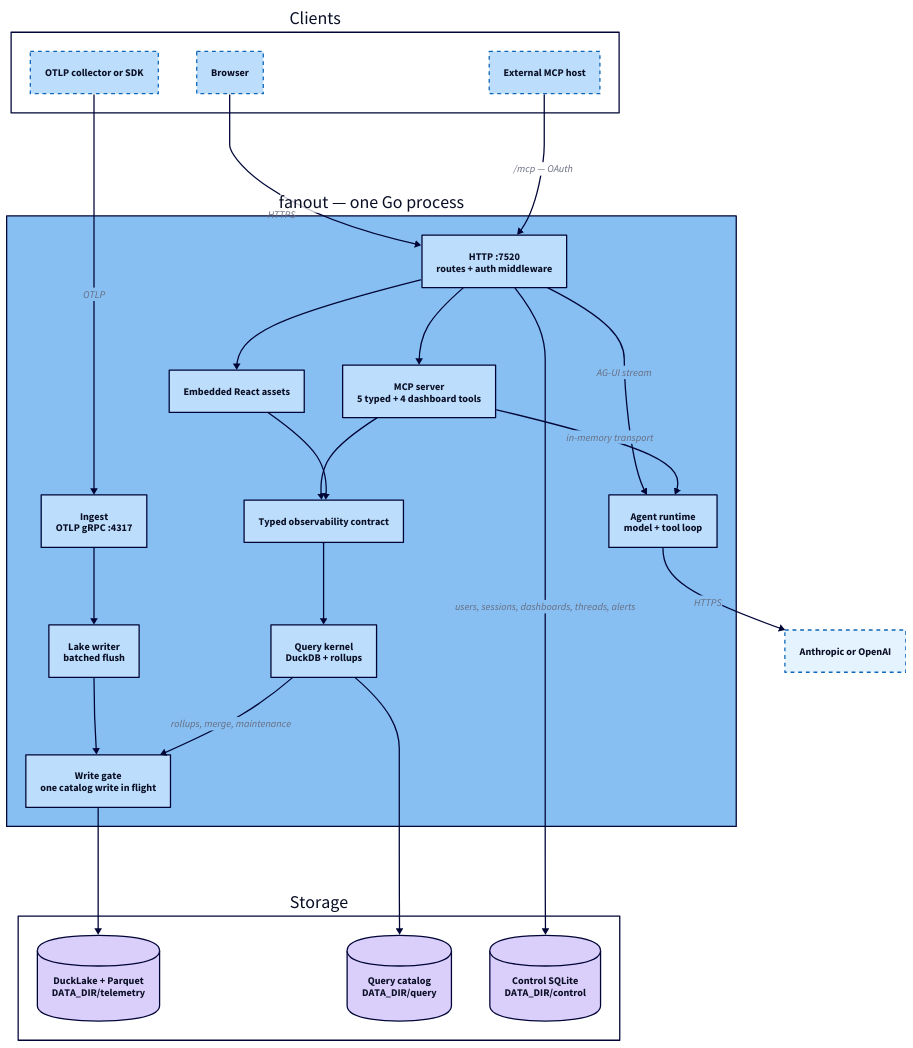
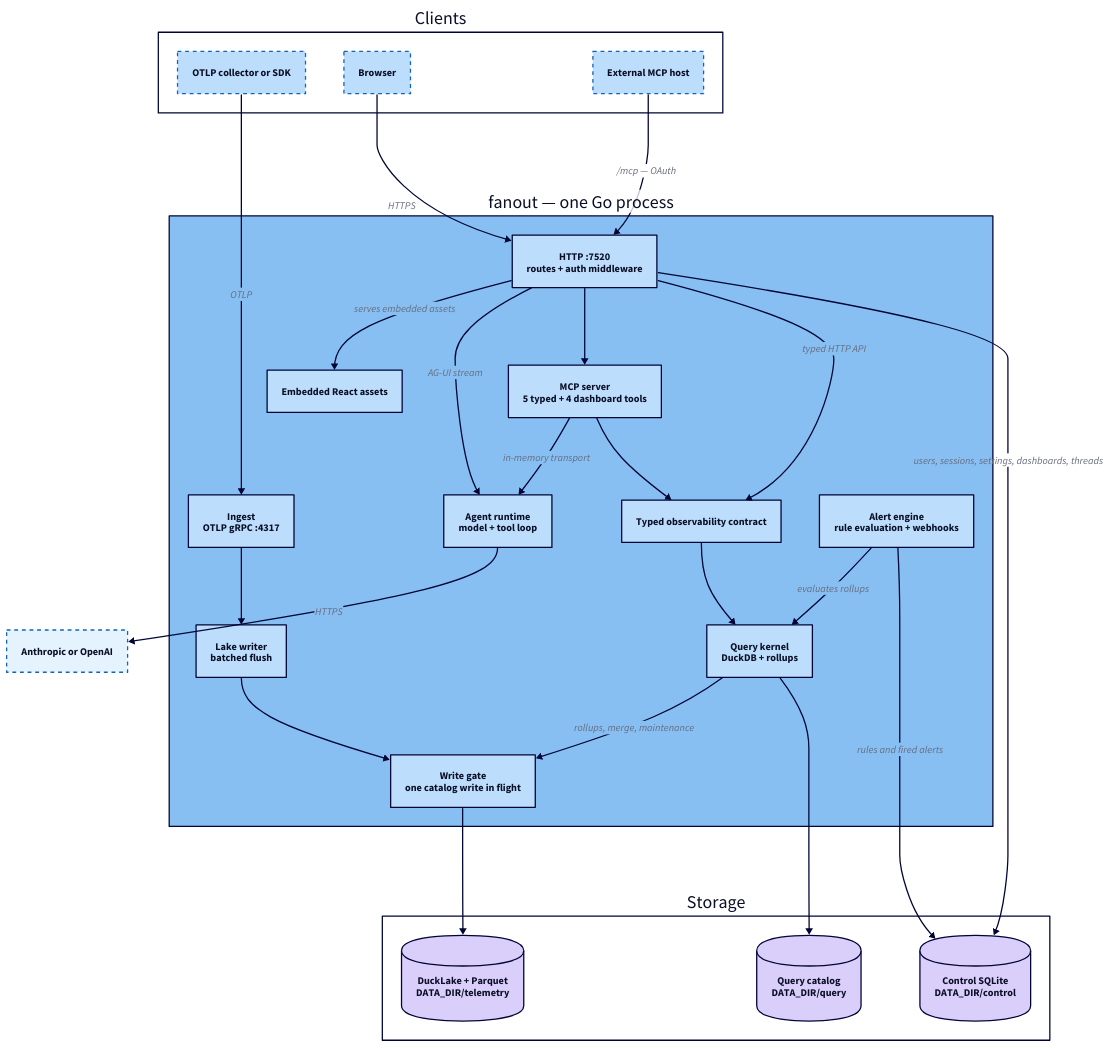
The diagram in docs/diagrams/architecture.d2 (labstack/fanout), drawn with D2 before and after one commit. The commit also changed 9 other files, not shown here.

First line of the commit message:
docs: fix what review found in the architecture document

```diff
--- a/docs/diagrams/architecture.d2
+++ b/docs/diagrams/architecture.d2
@@ -1,61 +1,64 @@
 # Fanout runtime architecture: what one process owns, and how a request reaches
 # storage. Render with `just diagrams`; commit the SVG beside this file.
 
 vars: {
   d2-config: {
     layout-engine: dagre
     theme-id: 5
   }
 }
 
 direction: down
 
 clients: Clients {
   style.fill: transparent
   collector: "OTLP collector or SDK" {style.stroke-dash: 3}
   browser: Browser {style.stroke-dash: 3}
   ext: "External MCP host" {style.stroke-dash: 3}
 }
 
 fanout: "fanout — one Go process" {
   style.stroke-width: 2
 
   http: "HTTP :7520\nroutes + auth middleware"
   ingest: "Ingest\nOTLP gRPC :4317"
   ui: "Embedded React assets"
   agent: "Agent runtime\nmodel + tool loop"
   mcp: "MCP server\n5 typed + 4 dashboard tools"
   obs: "Typed observability contract"
   lake: "Lake writer\nbatched flush"
   query: "Query kernel\nDuckDB + rollups"
   gate: "Write gate\none catalog write in flight" {style.stroke-width: 2}
+  alert: "Alert engine\nrule evaluation + webhooks"
 
   ingest -> lake
-  http -> ui
+  http -> ui: serves embedded assets
   http -> agent: AG-UI stream
   http -> mcp
   mcp -> agent: in-memory transport
   mcp -> obs
-  ui -> obs
+  http -> obs: typed HTTP API
   obs -> query
+  alert -> query: evaluates rollups
   lake -> gate
   query -> gate: "rollups, merge, maintenance"
 }
 
 store: Storage {
   style.fill: transparent
   telemetry: "DuckLake + Parquet\nDATA_DIR/telemetry" {shape: cylinder}
   qstate: "Query catalog\nDATA_DIR/query" {shape: cylinder}
   control: "Control SQLite\nDATA_DIR/control" {shape: cylinder}
 }
 
 model: "Anthropic or OpenAI" {style.stroke-dash: 3}
 
 clients.collector -> fanout.ingest: OTLP
 clients.browser -> fanout.http: HTTPS
 clients.ext -> fanout.http: "/mcp — OAuth"
 
 fanout.gate -> store.telemetry
 fanout.query -> store.qstate
-fanout.http -> store.control: "users, sessions, dashboards, threads, alerts"
+fanout.http -> store.control: "users, sessions, settings, dashboards, threads"
+fanout.alert -> store.control: "rules and fired alerts"
 fanout.agent -> model: HTTPS
```
